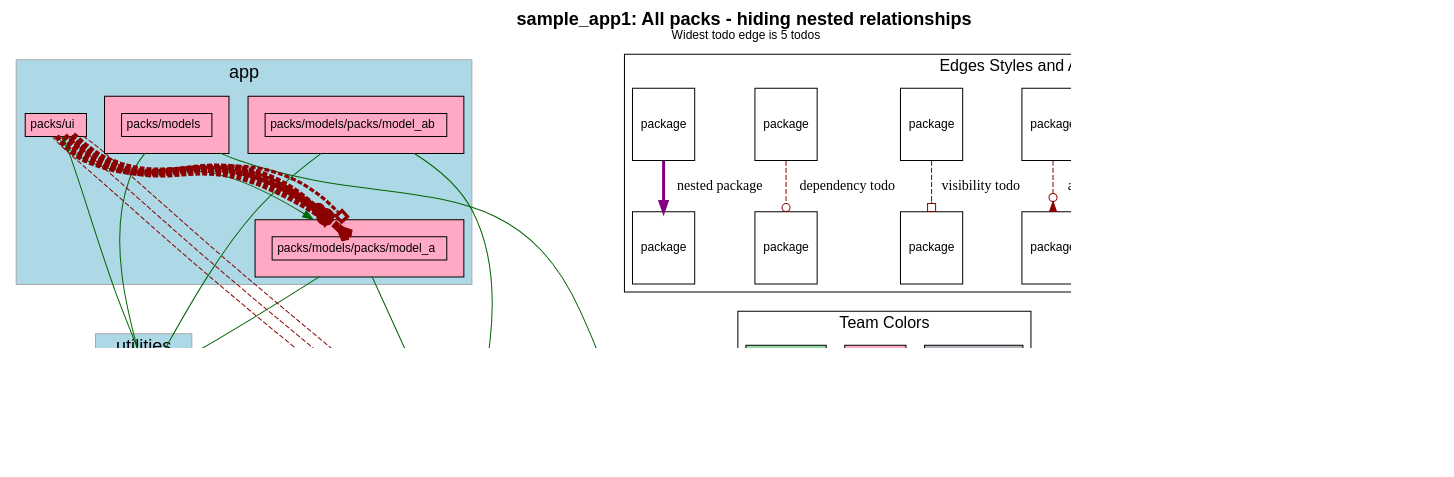
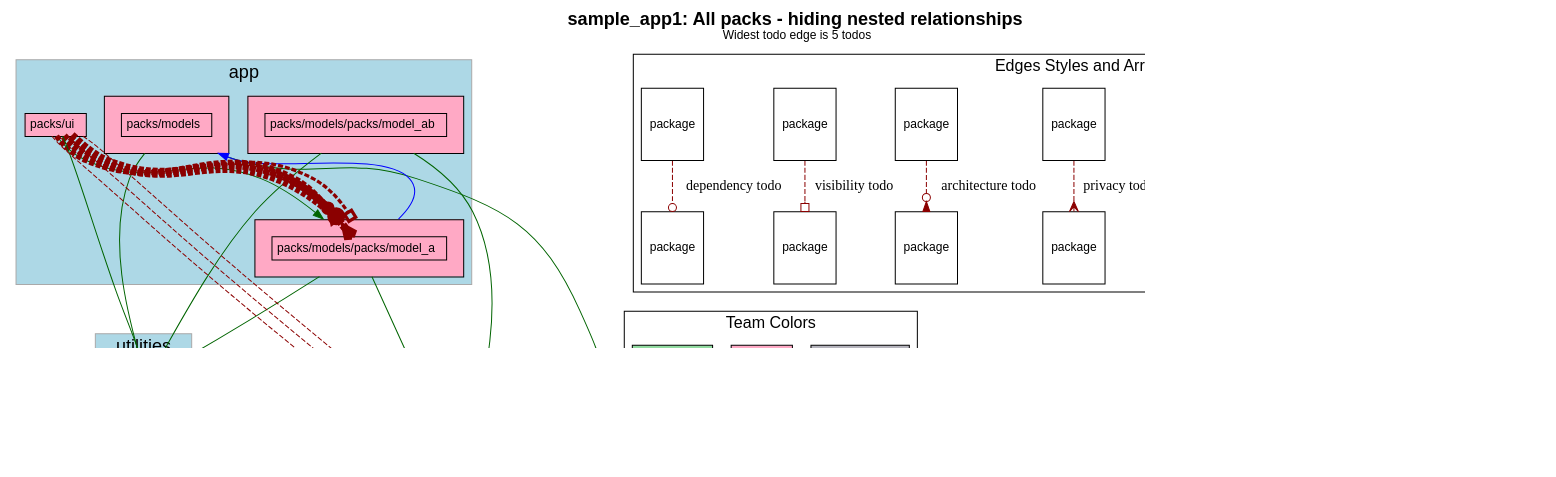
The diagram in spec/sample_app1/test_output/no_nested.dot (rubyatscale/visualize_packs), drawn with Graphviz before and after one commit. The commit also changed 23 other files, not shown here.

```diff
--- a/spec/sample_app1/test_output/no_nested.dot
+++ b/spec/sample_app1/test_output/no_nested.dot
@@ -173,11 +173,17 @@
               # headlabel="visibility"
                 arrowhead=obox
               penwidth=3.25            ]
+        "packs/models/packs/model_a" -> "packs/models" [ color=blue constraint=false ]
     subgraph cluster_legend {
       fontsize=16
       label="Edges Styles and Arrow Heads"
       A [ fontsize=12 shape=box label="package"]
       B [ fontsize=12 shape=box label="package"]
+      K [ fontsize=12 shape=box label="package"]
+      L [ fontsize=12 shape=box label="package"]
+      M [ fontsize=12 shape=box label="package"]
+      N [ fontsize=12 shape=box label="package"]
+
       C [ fontsize=12 shape=box label="package"]
       D [ fontsize=12 shape=box label="package"]
       E [ fontsize=12 shape=box label="package"]
@@ -186,14 +192,15 @@
       H [ fontsize=12 shape=box label="package"]
       I [ fontsize=12 shape=box label="package"]
       J [ fontsize=12 shape=box label="package"]
-      K [ fontsize=12 shape=box label="package"]
-      L [ fontsize=12 shape=box label="package"]
+
       A -> B [label="accepted dependency" color=darkgreen]
+      K -> L [label="nested package" color=purple]
+      M -> N [label="visibile to" color=darkgreen]
+
       C -> D [label="privacy todo" color=darkred style=dashed arrowhead=crow]
       E -> F [label="architecture todo" color=darkred style=dashed arrowhead=invodot]
       G -> H [label="visibility todo" color=darkred style=dashed arrowhead=obox]
       I -> J [label="dependency todo" color=darkred style=dashed arrowhead=odot]
-      K -> L [label="nested package" color=purple penwidth=3]
     }
   subgraph cluster_teams_legend {
     fontsize=16
```
